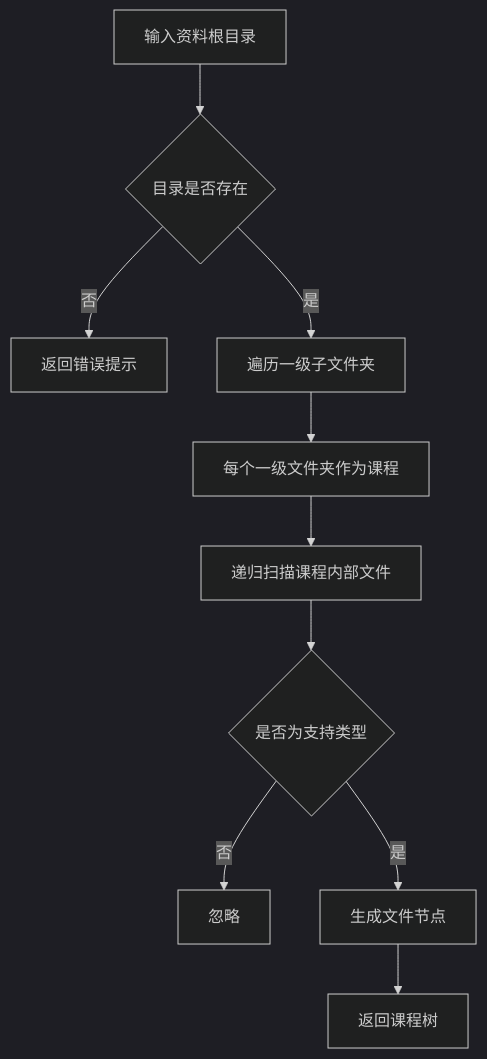
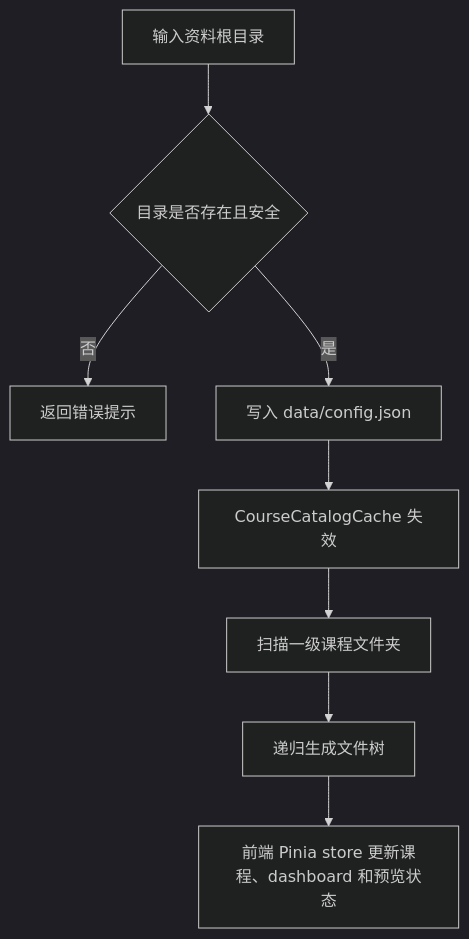
Before and after one commit to LuMH1027/ai-learn-assistant: the fifth of 9 diagrams in docs/系统设计.md, drawn with Mermaid (dark theme). The commit also changed other lines of this file and 26 other files, not shown here.

````diff
--- a/docs/系统设计.md
+++ b/docs/系统设计.md
@@ -168,12 +203,10 @@
 ```mermaid
 flowchart TD
-    A["输入资料根目录"] --> B{"目录是否存在"}
+    A["输入资料根目录"] --> B{"目录是否存在且安全"}
     B -- 否 --> C["返回错误提示"]
-    B -- 是 --> D["遍历一级子文件夹"]
-    D --> E["每个一级文件夹作为课程"]
-    E --> F["递归扫描课程内部文件"]
-    F --> G{"是否为支持类型"}
-    G -- 否 --> H["忽略"]
-    G -- 是 --> I["生成文件节点"]
-    I --> J["返回课程树"]
+    B -- 是 --> D["写入 data/config.json"]
+    D --> E["CourseCatalogCache 失效"]
+    E --> F["扫描一级课程文件夹"]
+    F --> G["递归生成文件树"]
+    G --> H["前端 Pinia store 更新课程、dashboard 和预览状态"]
 ```
````
